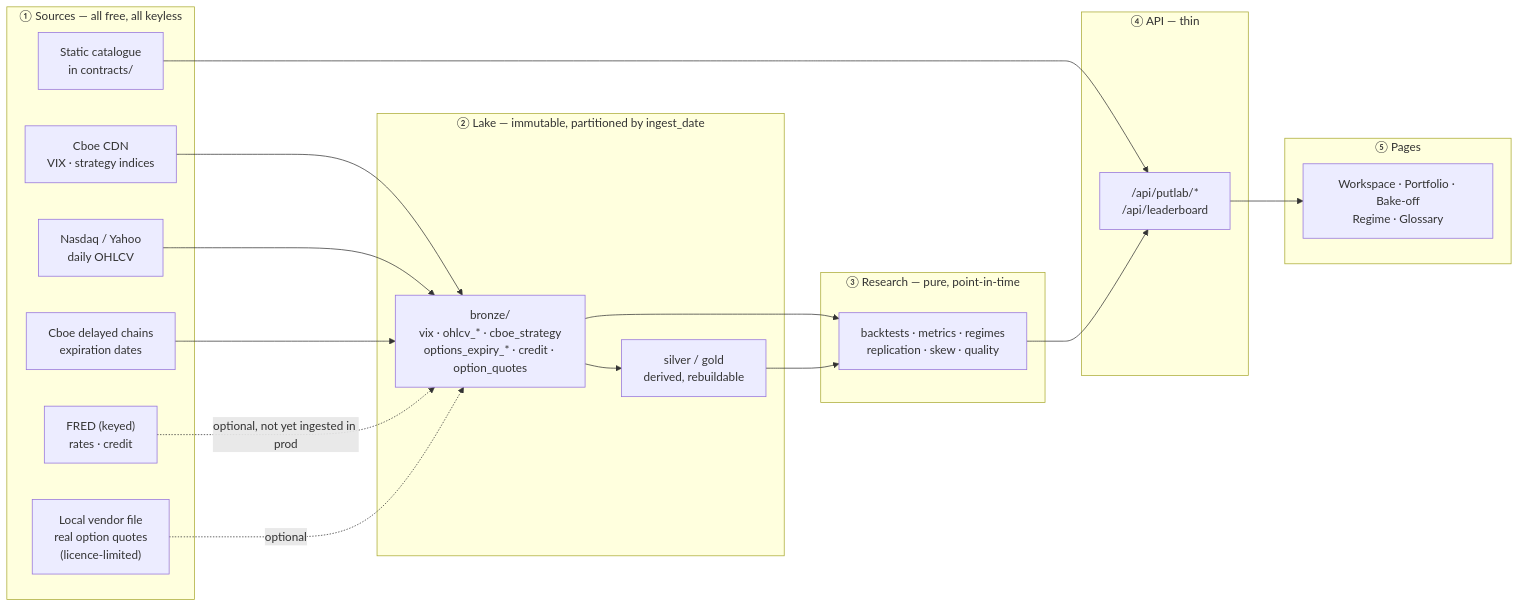
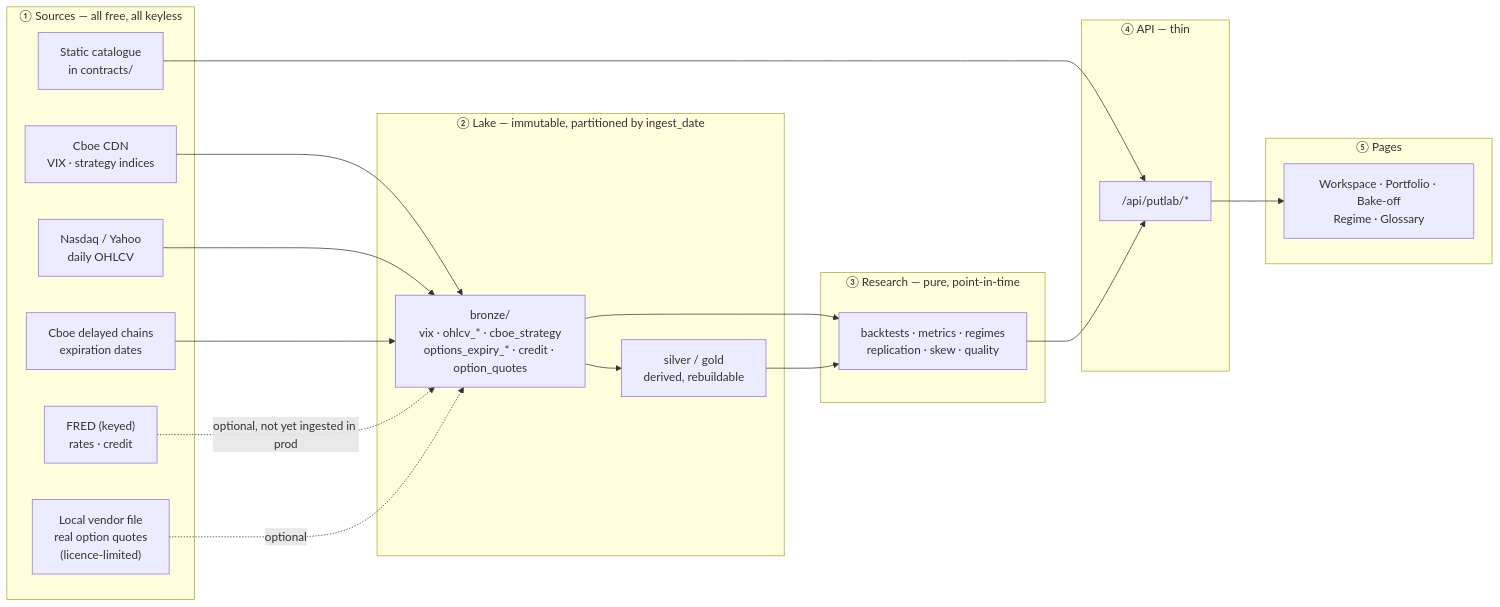
The first of 2 diagrams in docs/DATA_FLOW.md (diomavro/tail-lab), drawn with Mermaid before and after one commit. The commit also changed other lines of this file and 14 other files, not shown here.

````diff
--- a/docs/DATA_FLOW.md
+++ b/docs/DATA_FLOW.md
@@ -25,36 +25,36 @@
 ```mermaid
 flowchart LR
     subgraph S["① Sources — all free, all keyless"]
         CBOE["Cboe CDN<br/>VIX · strategy indices"]
         NDQ["Nasdaq / Yahoo<br/>daily OHLCV"]
         CHAIN["Cboe delayed chains<br/>expiration dates"]
         FRED["FRED (keyed)<br/>rates · credit"]
         LOCAL["Local vendor file<br/>real option quotes<br/>(licence-limited)"]
         STATIC["Static catalogue<br/>in contracts/"]
     end
     subgraph L["② Lake — immutable, partitioned by ingest_date"]
         BRONZE["bronze/<br/>vix · ohlcv_* · cboe_strategy<br/>options_expiry_* · credit · option_quotes"]
         SG["silver / gold<br/>derived, rebuildable"]
     end
     subgraph R["③ Research — pure, point-in-time"]
         CALC["backtests · metrics · regimes<br/>replication · skew · quality"]
     end
     subgraph A["④ API — thin"]
-        ROUTES["/api/putlab/*<br/>/api/leaderboard"]
+        ROUTES["/api/putlab/*"]
     end
     subgraph U["⑤ Pages"]
         PAGES["Workspace · Portfolio · Bake-off<br/>Regime · Glossary"]
     end
 
     CBOE --> BRONZE
     NDQ --> BRONZE
     CHAIN --> BRONZE
     FRED -.optional, not yet ingested in prod.-> BRONZE
     LOCAL -.optional.-> BRONZE
     STATIC --> ROUTES
     BRONZE --> SG
     BRONZE --> CALC
     SG --> CALC
     CALC --> ROUTES
     ROUTES --> PAGES
 ```
````
